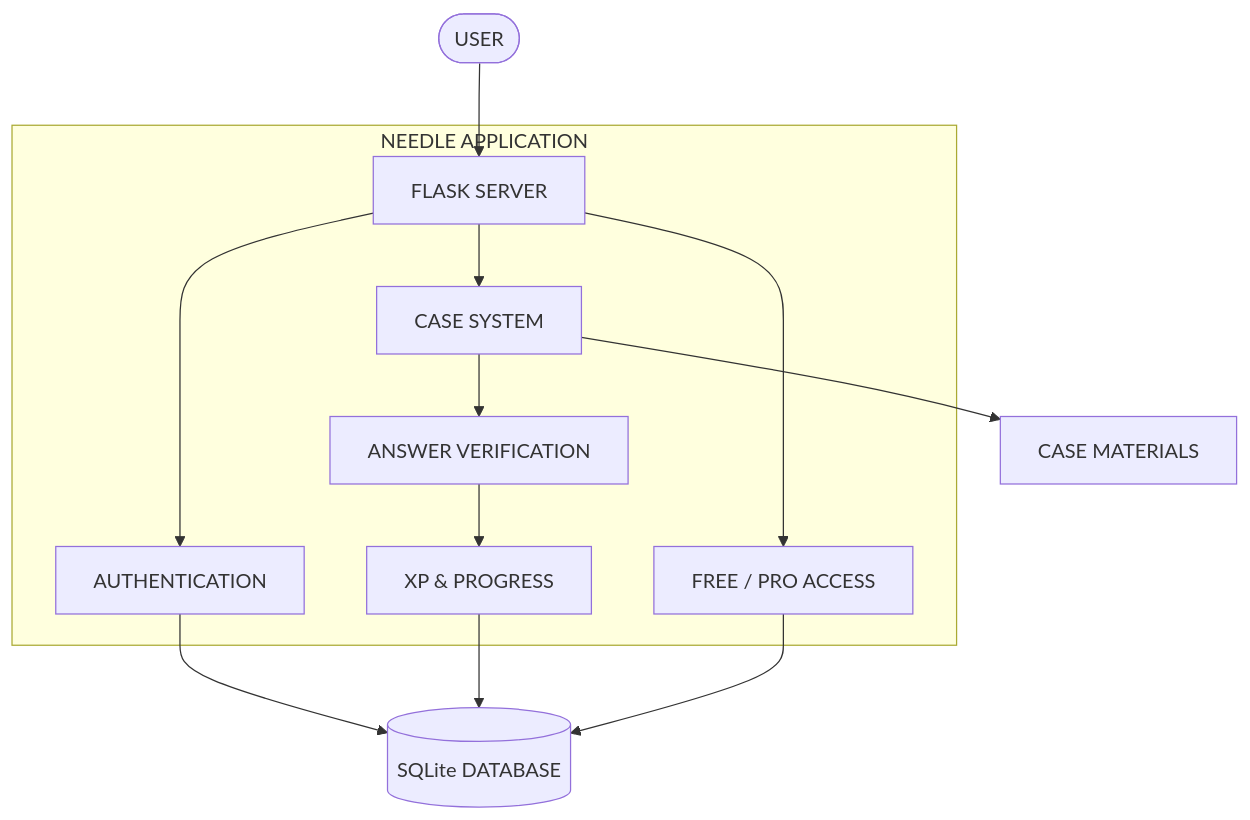
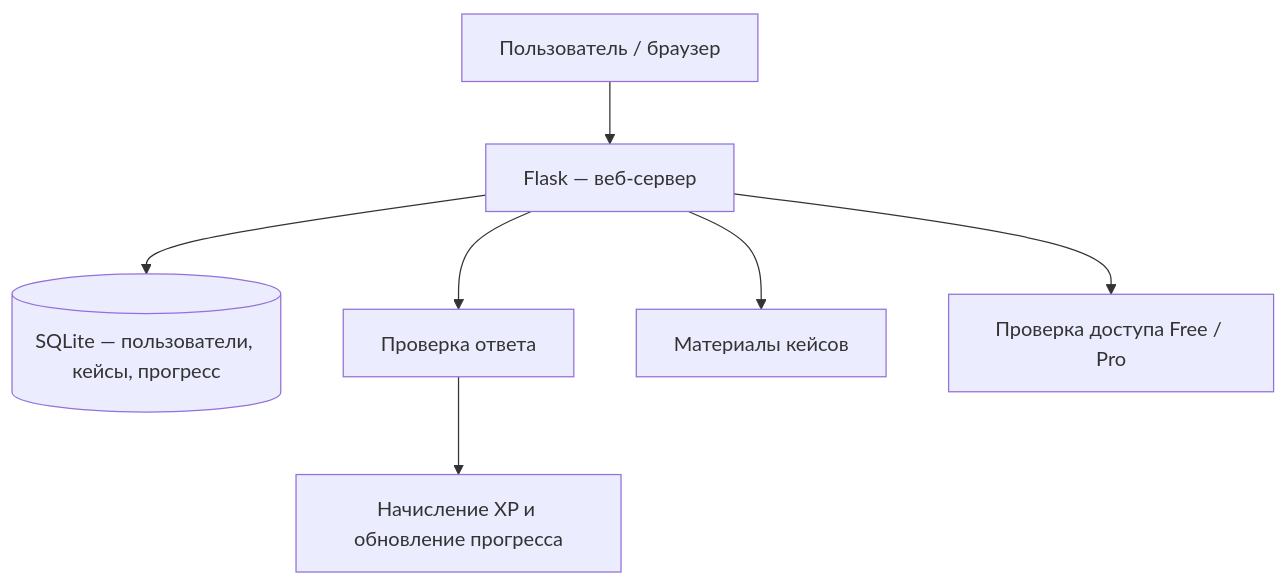
The second of 2 diagrams in README.md (erozz77/Needle), drawn with Mermaid before and after one commit. The commit also changed other lines of this file, not shown here.

````diff
--- a/README.md
+++ b/README.md
@@ -156,25 +93,9 @@
 ```mermaid
-flowchart TB
-    U(["USER"])
-    subgraph APP["NEEDLE APPLICATION"]
-        F["FLASK SERVER"]
-        AUTH["AUTHENTICATION"]
-        CASE["CASE SYSTEM"]
-        CHECK["ANSWER VERIFICATION"]
-        ACCESS["FREE / PRO ACCESS"]
-        XP["XP & PROGRESS"]
-    end
-    DB[("SQLite DATABASE")]
-    MAT["CASE MATERIALS"]
-
-    U --> F
-    F --> AUTH
-    F --> CASE
-    F --> ACCESS
-    CASE --> CHECK
-    CHECK --> XP
-    AUTH --> DB
-    XP --> DB
-    ACCESS --> DB
-    CASE --> MAT
+flowchart TD
+    U["Пользователь / браузер"] --> F["Flask — веб-сервер"]
+    F --> DB[("SQLite — пользователи, кейсы, прогресс")]
+    F --> C["Проверка ответа"]
+    C --> XP["Начисление XP и обновление прогресса"]
+    F --> M["Материалы кейсов"]
+    F --> A["Проверка доступа Free / Pro"]
 ```
````
